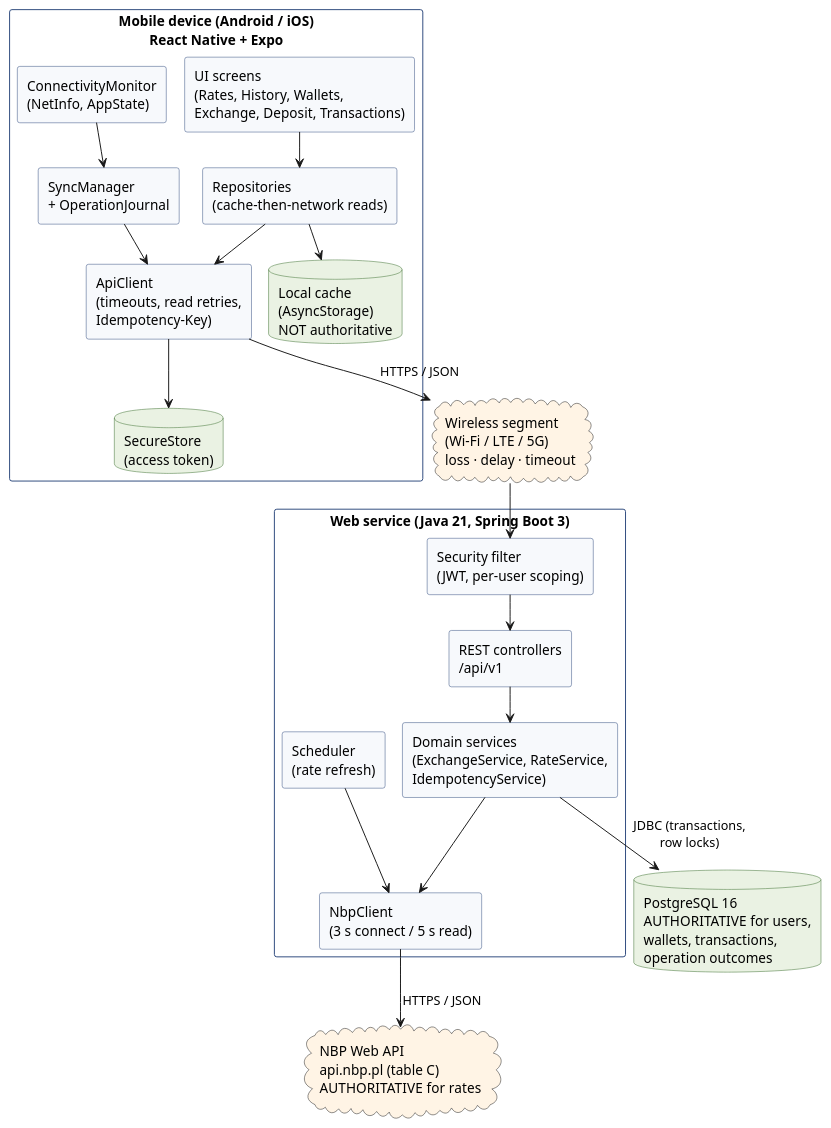
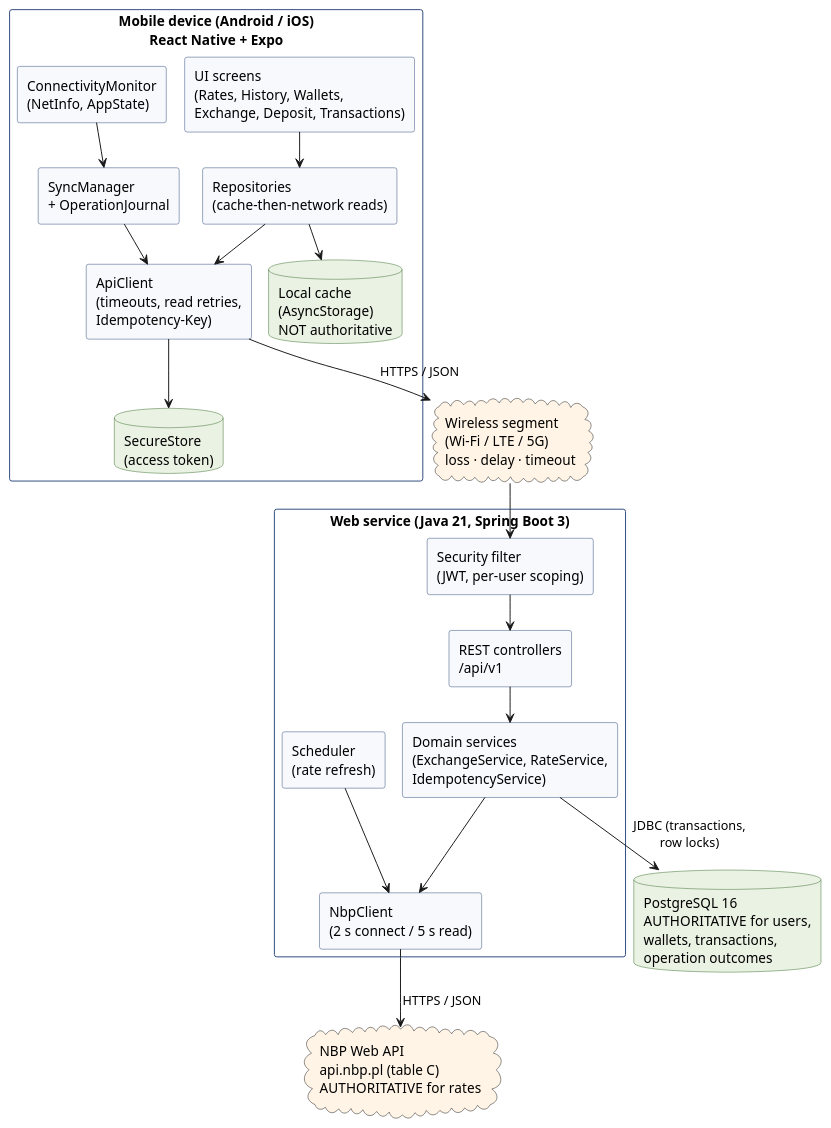
The diagram in docs/M1/diagrams/src/05-architecture.puml (hasanmertyilmaz/currency-exchange-hmy), drawn with PlantUML before and after one commit. The commit also changed 11 other files, not shown here.

First line of the commit message:
docs(m1): align diagrams with the final timeout policy

```diff
--- a/docs/M1/diagrams/src/05-architecture.puml
+++ b/docs/M1/diagrams/src/05-architecture.puml
@@ -1,57 +1,57 @@
 @startuml architecture
 !pragma layout smetana
 ' Kantor Mobile — System architecture and data owners
 skinparam shadowing false
 skinparam defaultFontName Helvetica
 skinparam componentStyle rectangle
 skinparam rectangle {
   BorderColor #2E4A7D
 }
 skinparam component {
   BackgroundColor #F7F9FC
   BorderColor #2E4A7D
 }
 skinparam database {
   BackgroundColor #EAF2E3
   BorderColor #3B6E2E
 }
 
 rectangle "Mobile device (Android / iOS)\nReact Native + Expo" as device #FFFFFF {
   component "UI screens\n(Rates, History, Wallets,\nExchange, Deposit, Transactions)" as ui
   component "Repositories\n(cache-then-network reads)" as repos
   component "ApiClient\n(timeouts, read retries,\nIdempotency-Key)" as api
   component "SyncManager\n+ OperationJournal" as sync
   component "ConnectivityMonitor\n(NetInfo, AppState)" as net
   database "Local cache\n(AsyncStorage)\nNOT authoritative" as cache
   database "SecureStore\n(access token)" as secure
 }
 
 cloud "Wireless segment\n(Wi-Fi / LTE / 5G)\nloss · delay · timeout" as wireless #FFF4E5
 
 rectangle "Web service (Java 21, Spring Boot 3)" as service #FFFFFF {
   component "Security filter\n(JWT, per-user scoping)" as sec
   component "REST controllers\n/api/v1" as ctrl
   component "Domain services\n(ExchangeService, RateService,\nIdempotencyService)" as svc
-  component "NbpClient\n(3 s connect / 5 s read)" as nbpc
+  component "NbpClient\n(2 s connect / 5 s read)" as nbpc
   component "Scheduler\n(rate refresh)" as sched
 }
 
 database "PostgreSQL 16\nAUTHORITATIVE for users,\nwallets, transactions,\noperation outcomes" as db
 
 cloud "NBP Web API\napi.nbp.pl (table C)\nAUTHORITATIVE for rates" as nbp #FFF4E5
 
 ui --> repos
 repos --> cache
 repos --> api
 sync --> api
 net --> sync
 api --> secure
 api --> wireless : HTTPS / JSON
 wireless --> sec
 sec --> ctrl
 ctrl --> svc
 svc --> db : JDBC (transactions,\nrow locks)
 sched --> nbpc
 svc --> nbpc
 nbpc --> nbp : HTTPS / JSON
 @enduml
```
